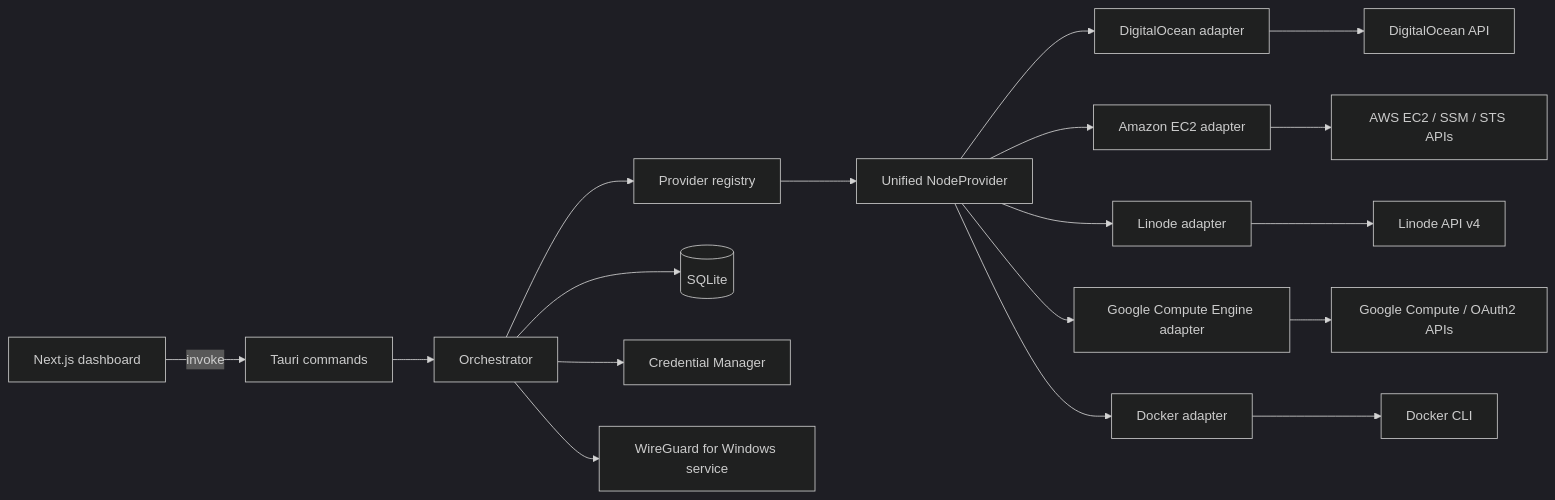
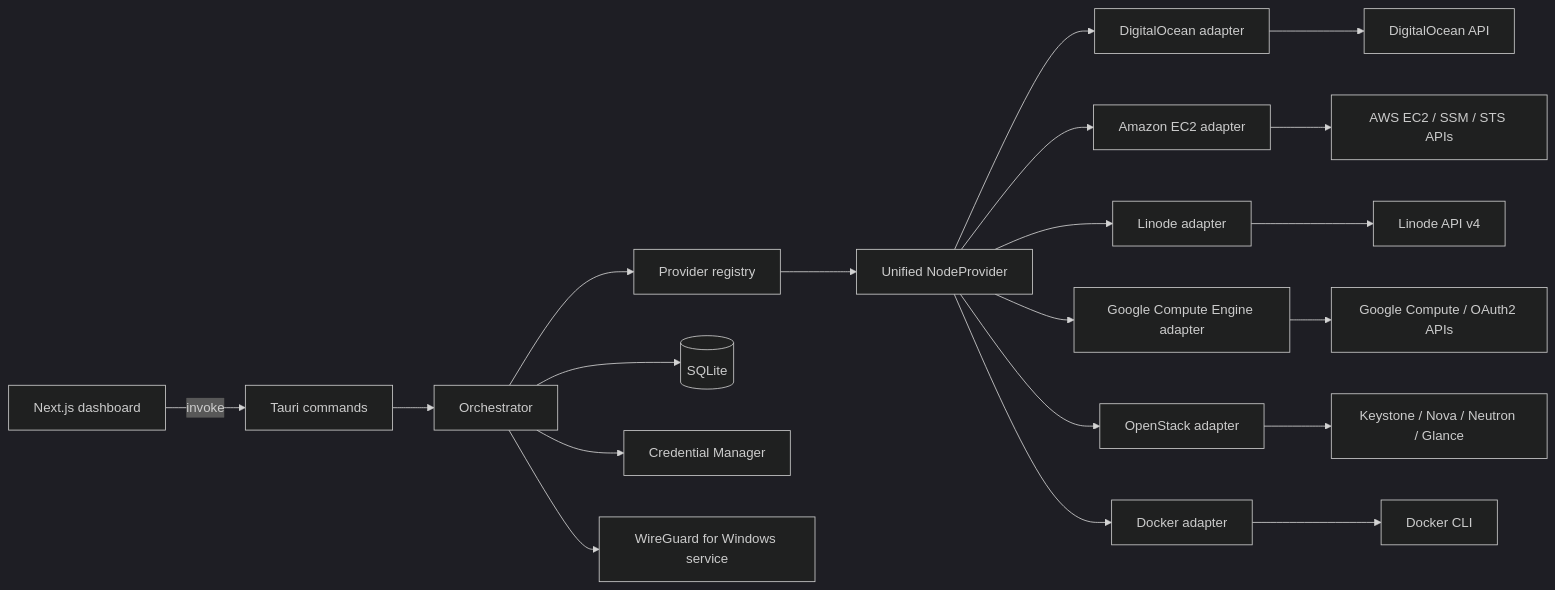
One commit to GoatPxl/blink-vpn changed the diagram in docs/ARCHITECTURE.md. Above: the diagram before and after it, drawn with Mermaid (dark theme). The commit also changed other lines of this file and 18 other files, not shown here.

````diff
--- a/docs/ARCHITECTURE.md
+++ b/docs/ARCHITECTURE.md
@@ -26,20 +27,22 @@
 ```mermaid
 flowchart LR
   UI[Next.js dashboard] -->|invoke| CMD[Tauri commands]
   CMD --> ORCH[Orchestrator]
   ORCH --> REG[Provider registry]
   REG --> NP[Unified NodeProvider]
   NP --> DO[DigitalOcean adapter]
   NP --> EC2[Amazon EC2 adapter]
   NP --> LIN[Linode adapter]
   NP --> GCE[Google Compute Engine adapter]
+  NP --> OS[OpenStack adapter]
   NP --> DKR[Docker adapter]
   ORCH --> DB[(SQLite)]
   ORCH --> SEC[Credential Manager]
   ORCH --> RUNTIME[WireGuard for Windows service]
   DO --> DOAPI[DigitalOcean API]
   EC2 --> AWSAPI[AWS EC2 / SSM / STS APIs]
   LIN --> LINAPI[Linode API v4]
   GCE --> GCEAPI[Google Compute / OAuth2 APIs]
+  OS --> OSAPI[Keystone / Nova / Neutron / Glance]
   DKR --> DKRCLI[Docker CLI]
 ```
````
